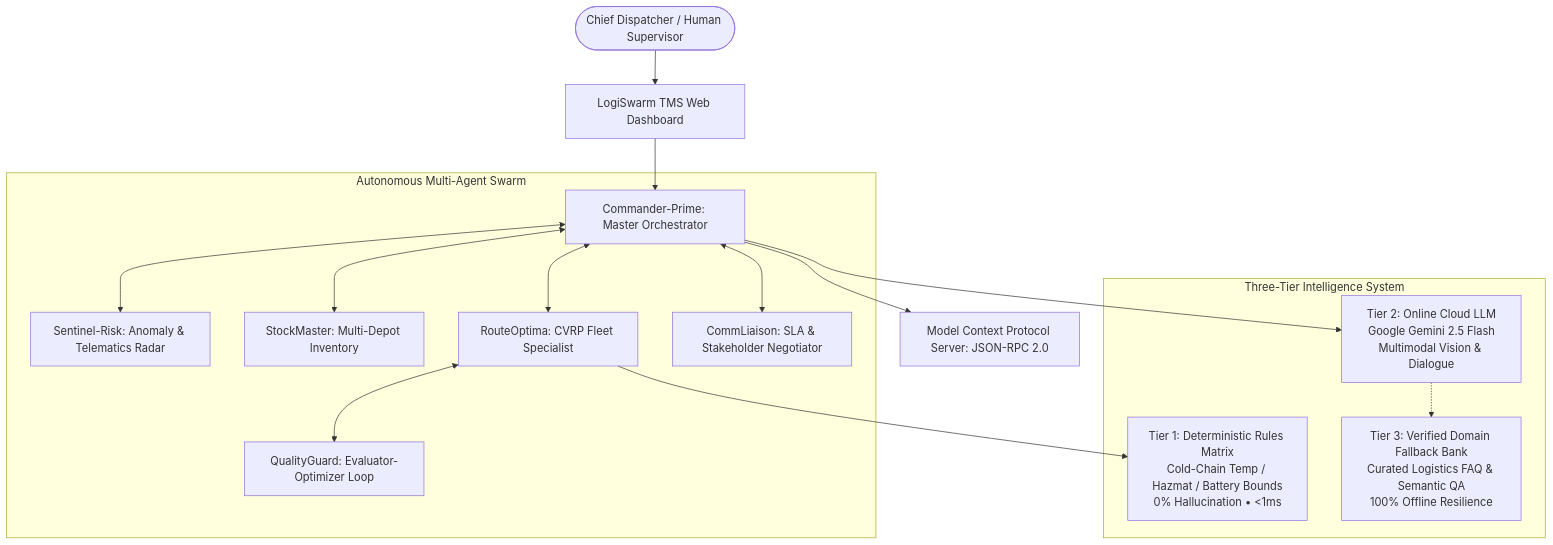
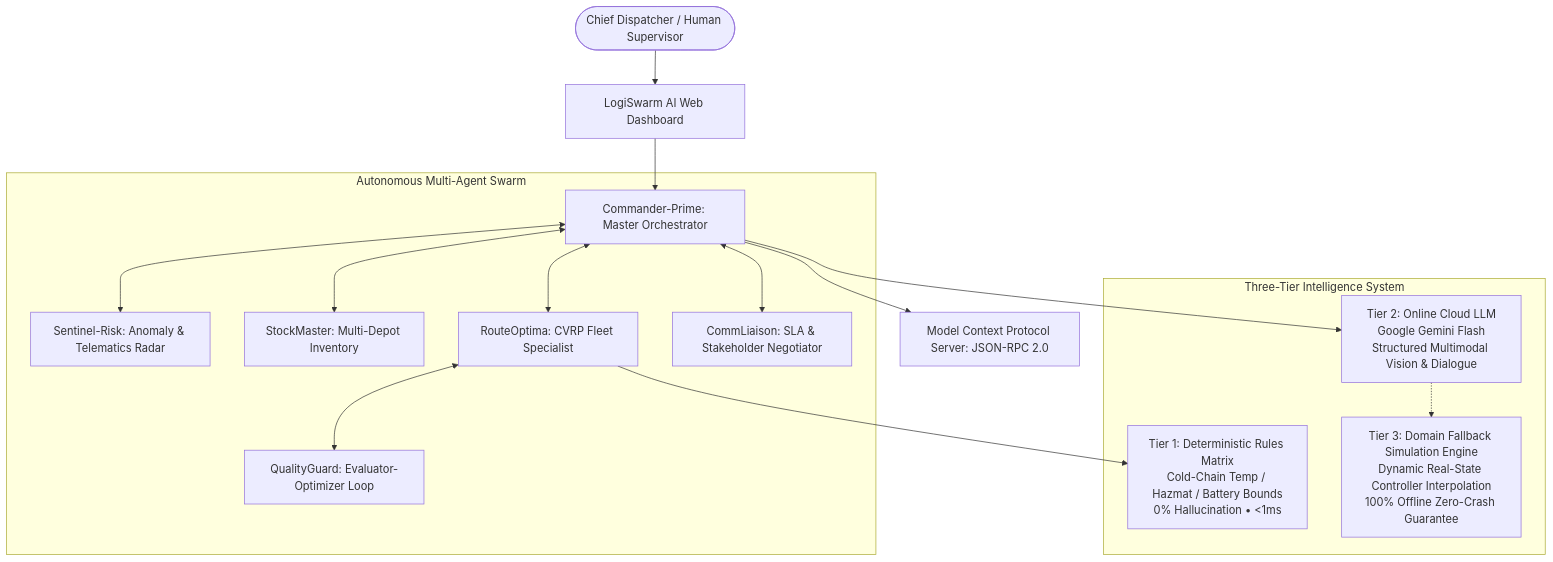
The diagram in README.md (devcrazy2812/LOGISTIC-AGENT-MCP), drawn with Mermaid before and after one commit. The commit also changed other lines of this file and 7 other files, not shown here.

````diff
--- a/README.md
+++ b/README.md
@@ -64,31 +65,31 @@
 ```mermaid
 flowchart TD
-    User([Chief Dispatcher / Human Supervisor]) --> TopBar[LogiSwarm TMS Web Dashboard]
+    User([Chief Dispatcher / Human Supervisor]) --> TopBar[LogiSwarm AI Web Dashboard]
     
     subgraph MultiAgentSwarm[Autonomous Multi-Agent Swarm]
         Commander[Commander-Prime: Master Orchestrator]
         Sentinel[Sentinel-Risk: Anomaly & Telematics Radar]
         Warehouse[StockMaster: Multi-Depot Inventory]
         Router[RouteOptima: CVRP Fleet Specialist]
         Liaison[CommLiaison: SLA & Stakeholder Negotiator]
         Evaluator[QualityGuard: Evaluator-Optimizer Loop]
         
         Commander <--> Sentinel
         Commander <--> Warehouse
         Commander <--> Router
         Commander <--> Liaison
         Router <--> Evaluator
     end
 
     subgraph ThreeTierIntelligence[Three-Tier Intelligence System]
         Tier1[Tier 1: Deterministic Rules Matrix<br>Cold-Chain Temp / Hazmat / Battery Bounds<br>0% Hallucination • &lt;1ms]
-        Tier2[Tier 2: Online Cloud LLM<br>Google Gemini 2.5 Flash<br>Multimodal Vision &amp; Dialogue]
-        Tier3[Tier 3: Verified Domain Fallback Bank<br>Curated Logistics FAQ &amp; Semantic QA<br>100% Offline Resilience]
+        Tier2[Tier 2: Online Cloud LLM<br>Google Gemini Flash<br>Structured Multimodal Vision &amp; Dialogue]
+        Tier3[Tier 3: Domain Fallback Simulation Engine<br>Dynamic Real-State Controller Interpolation<br>100% Offline Zero-Crash Guarantee]
     end
 
     TopBar --> Commander
     Router --> Tier1
     Commander --> Tier2
     Tier2 -.-> Tier3
     Commander --> MCP[Model Context Protocol Server: JSON-RPC 2.0]
 ```
````
